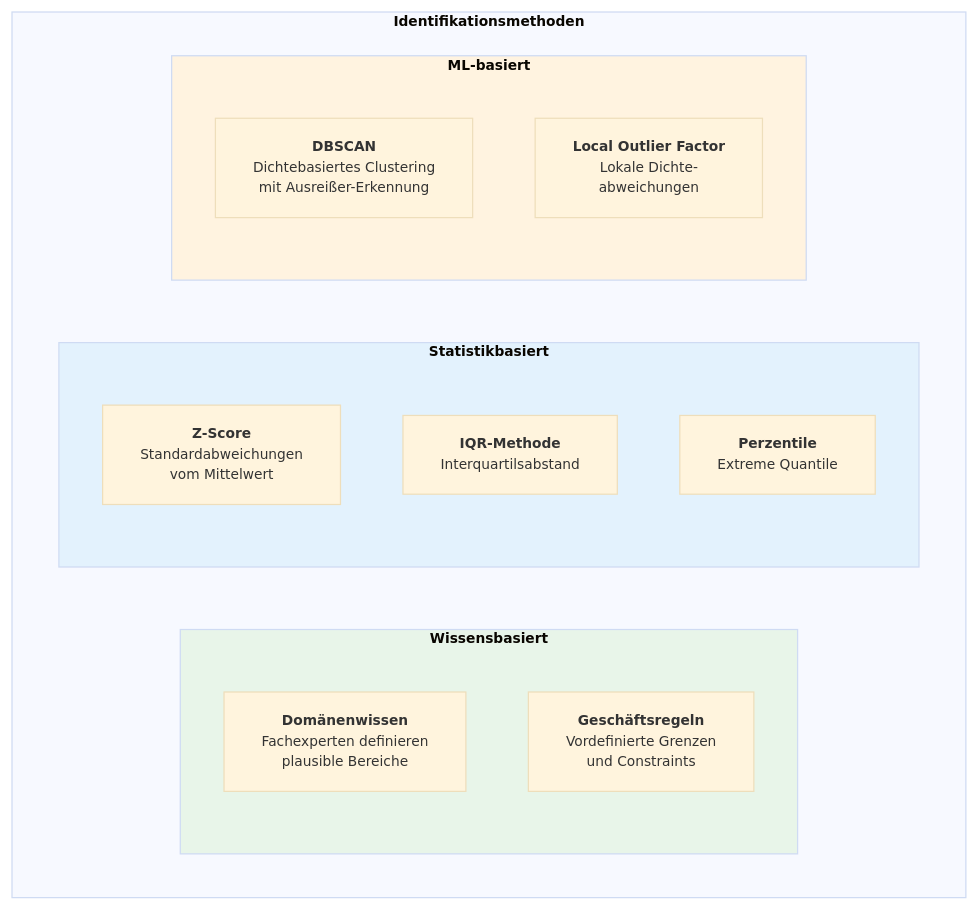
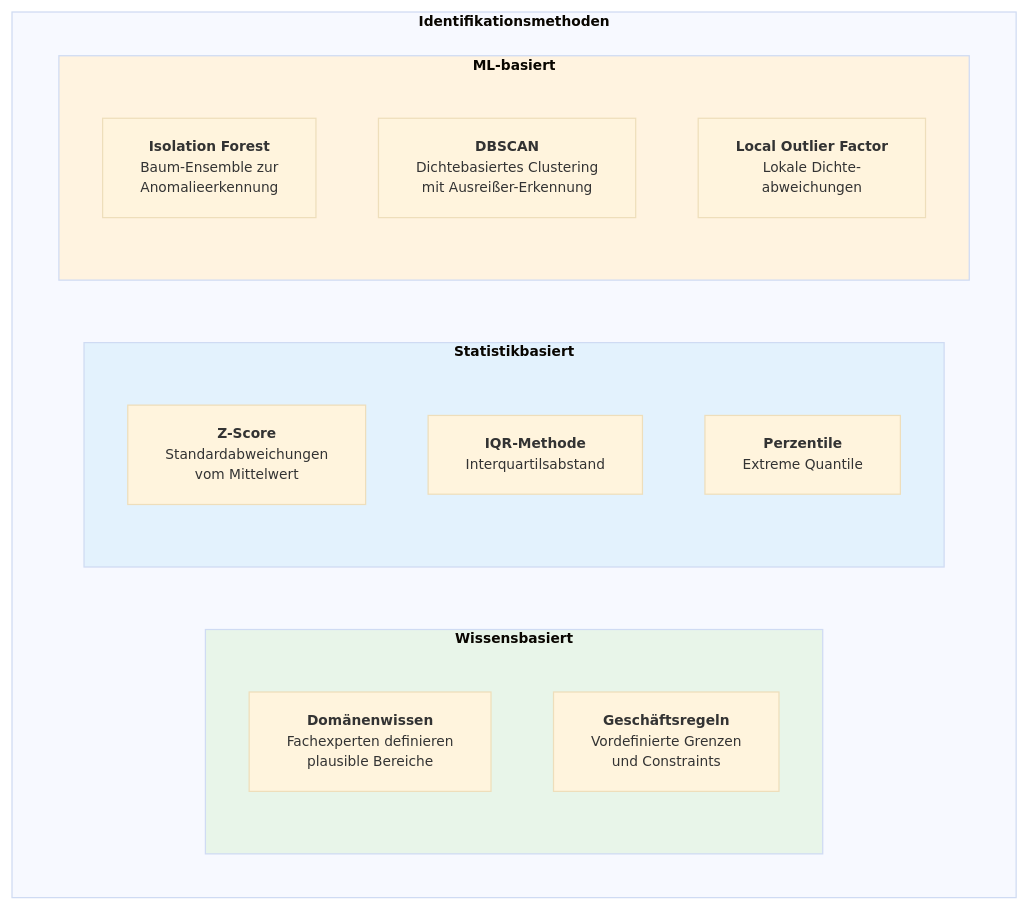
One commit to ralf-42/ML_Intro changed the first of 7 diagrams in docs/concepts/prepare/outlier.md. Above: the diagram before and after it, drawn with Mermaid. The commit also changed other lines of this file and 16 other files, not shown here.

````diff
--- a/docs/concepts/prepare/outlier.md
+++ b/docs/concepts/prepare/outlier.md
@@ -34,27 +34,28 @@
 ```mermaid
 %%{init: {'theme': 'base', 'themeVariables': {'fontSize': '11px'}}}%%
 flowchart TB
     subgraph methoden["<b>Identifikationsmethoden"]
         direction LR
 
         subgraph wissen["<b>Wissensbasiert"]
             domain["<b>Domänenwissen</b><br/>Fachexperten definieren<br/>plausible Bereiche"]
             rules["<b>Geschäftsregeln</b><br/>Vordefinierte Grenzen<br/>und Constraints"]
         end
 
         subgraph statistik["<b>Statistikbasiert"]
             zscore["<b>Z-Score</b><br/>Standardabweichungen<br/>vom Mittelwert"]
             iqr["<b>IQR-Methode</b><br/>Interquartilsabstand"]
             percentile["<b>Perzentile</b><br/>Extreme Quantile"]
         end
 
         subgraph ml["<b>ML-basiert"]
+            iforest["<b>Isolation Forest</b><br/>Baum-Ensemble zur<br/>Anomalieerkennung"]
             dbscan["<b>DBSCAN</b><br/>Dichtebasiertes Clustering<br/>mit Ausreißer-Erkennung"]
             lof["<b>Local Outlier Factor</b><br/>Lokale Dichte-<br/>abweichungen"]
         end
     end
 
     style wissen fill:#e8f5e9
     style statistik fill:#e3f2fd
     style ml fill:#fff3e0
 ```
````
